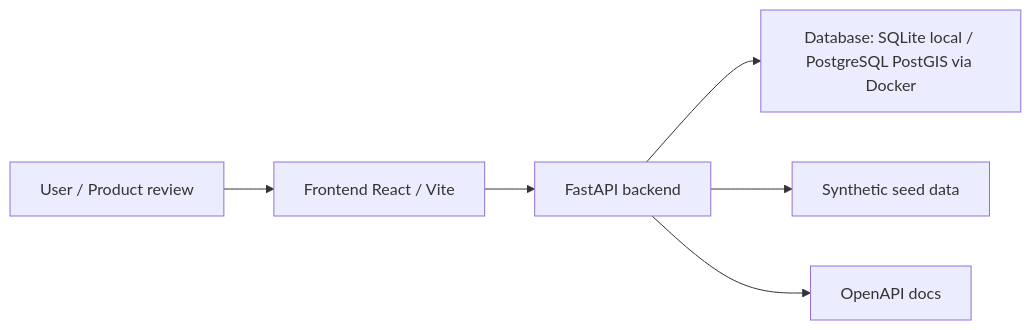
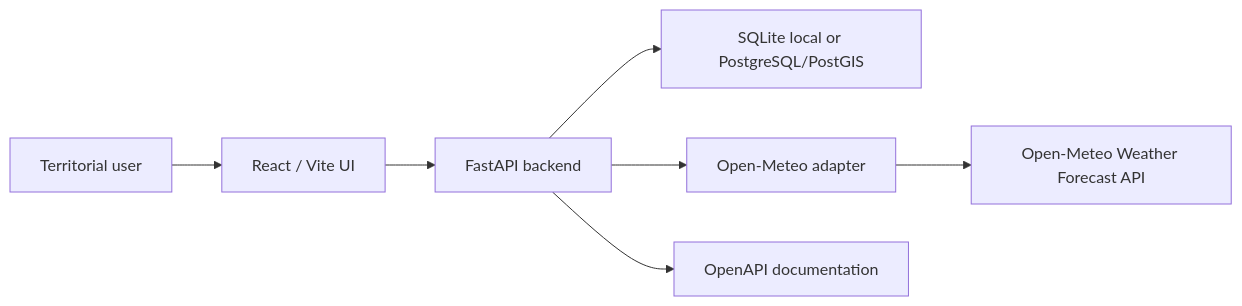
Before and after one commit to Carlos-Hub1111/infinity-atlas-climate-health-mrv: the first of 2 diagrams in docs/architecture.md, drawn with Mermaid. The commit also changed other lines of this file and 40 other files, not shown here.

Commit message:
Complete Sprint 1A climate observation flow

````diff
--- a/docs/architecture.md
+++ b/docs/architecture.md
@@ -12,8 +13,9 @@
 ```mermaid
 flowchart LR
-    User["User / Product review"] --> Frontend["Frontend React / Vite"]
+    User["Territorial user"] --> Frontend["React / Vite UI"]
     Frontend --> API["FastAPI backend"]
-    API --> DB["Database: SQLite local / PostgreSQL PostGIS via Docker"]
-    API --> Seed["Synthetic seed data"]
-    API --> Docs["OpenAPI docs"]
+    API --> DB["SQLite local or PostgreSQL/PostGIS"]
+    API --> Adapter["Open-Meteo adapter"]
+    Adapter --> Provider["Open-Meteo Weather Forecast API"]
+    API --> OpenAPI["OpenAPI documentation"]
 ```
````
